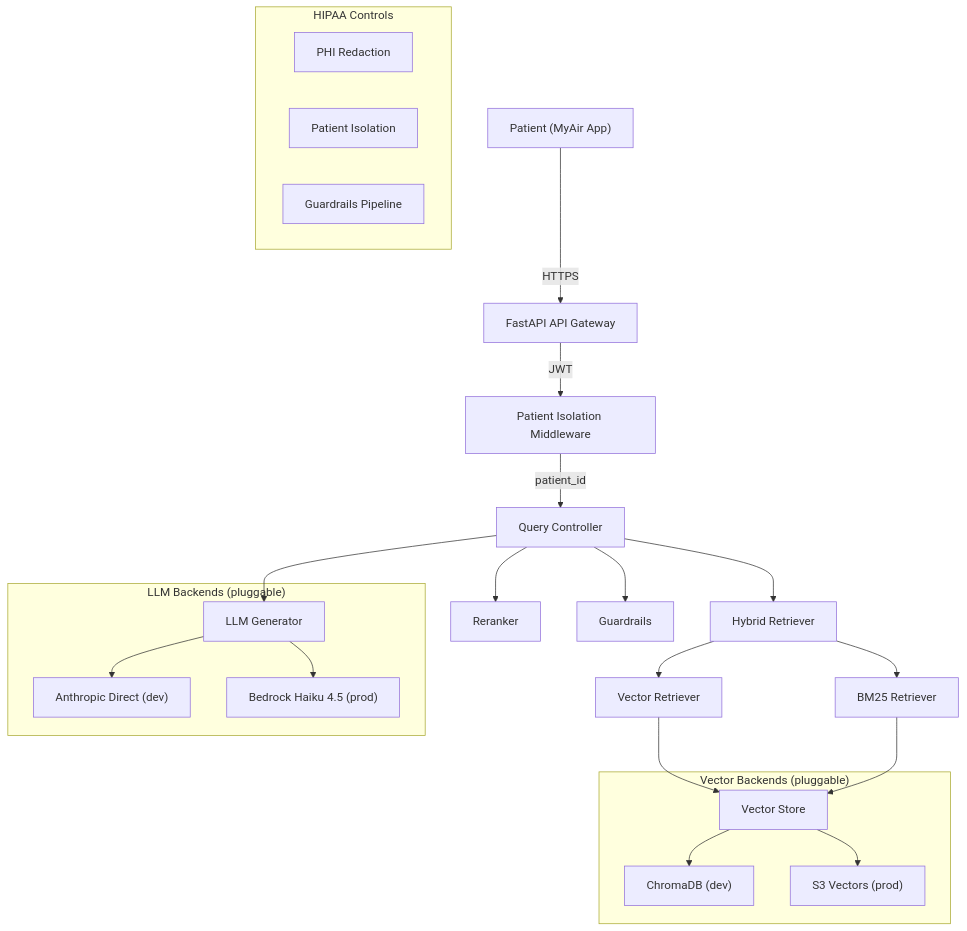
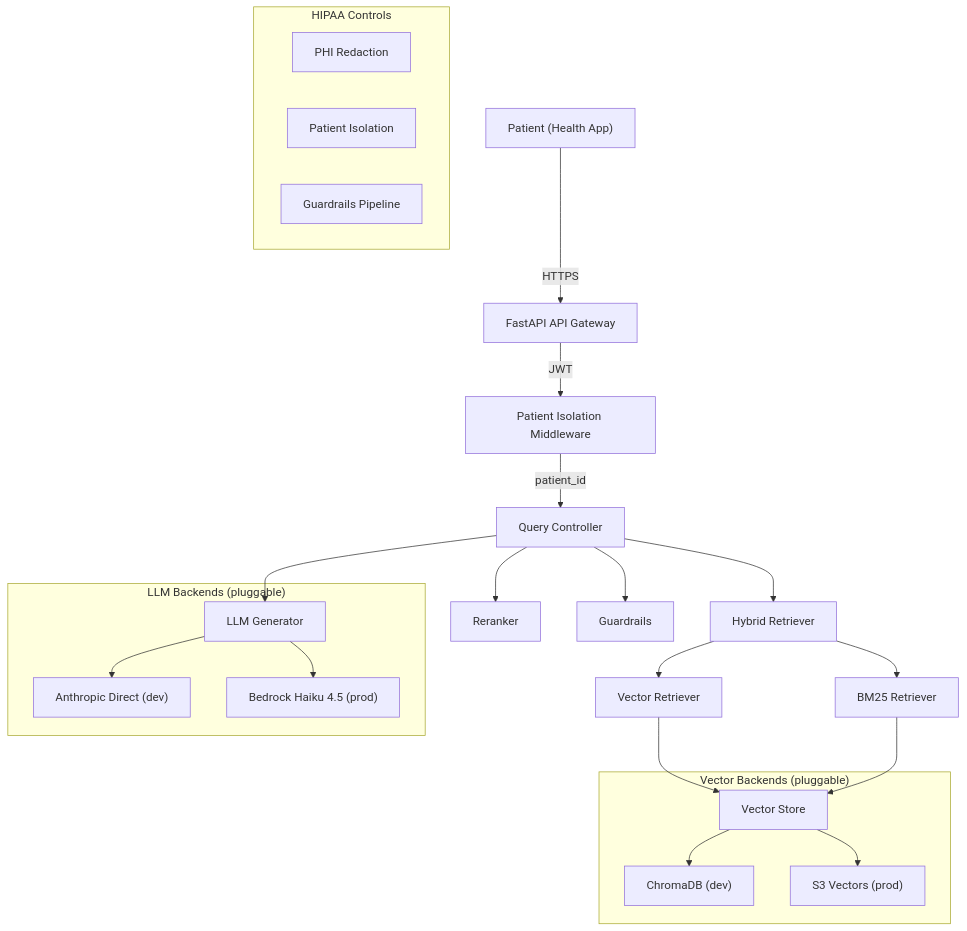
Before and after one commit to melroyanthony/healthstream-rag: the diagram in solution/README.md, drawn with Mermaid. The commit also changed other lines of this file and 20 other files, not shown here.

````diff
--- a/solution/README.md
+++ b/solution/README.md
@@ -7,33 +7,33 @@
 ```mermaid
 graph TB
-    Patient["Patient (MyAir App)"] -->|HTTPS| API["FastAPI API Gateway"]
+    Patient["Patient (Health App)"] -->|HTTPS| API["FastAPI API Gateway"]
     API -->|JWT| Auth["Patient Isolation Middleware"]
     Auth -->|patient_id| QC["Query Controller"]
 
     QC --> HR["Hybrid Retriever"]
     HR --> VR["Vector Retriever"]
     HR --> BM["BM25 Retriever"]
 
     VR --> VDB["Vector Store"]
     BM --> VDB
 
     QC --> RR["Reranker"]
     QC --> GEN["LLM Generator"]
     QC --> GR["Guardrails"]
 
     subgraph "Vector Backends (pluggable)"
         VDB --> Chroma["ChromaDB (dev)"]
         VDB --> S3V["S3 Vectors (prod)"]
     end
 
     subgraph "LLM Backends (pluggable)"
         GEN --> Anthropic["Anthropic Direct (dev)"]
         GEN --> Bedrock["Bedrock Haiku 4.5 (prod)"]
     end
 
     subgraph "HIPAA Controls"
         PHI["PHI Redaction"]
         ISO["Patient Isolation"]
         GUARD["Guardrails Pipeline"]
     end
 ```
````
